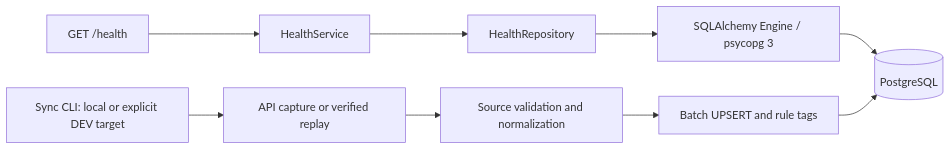
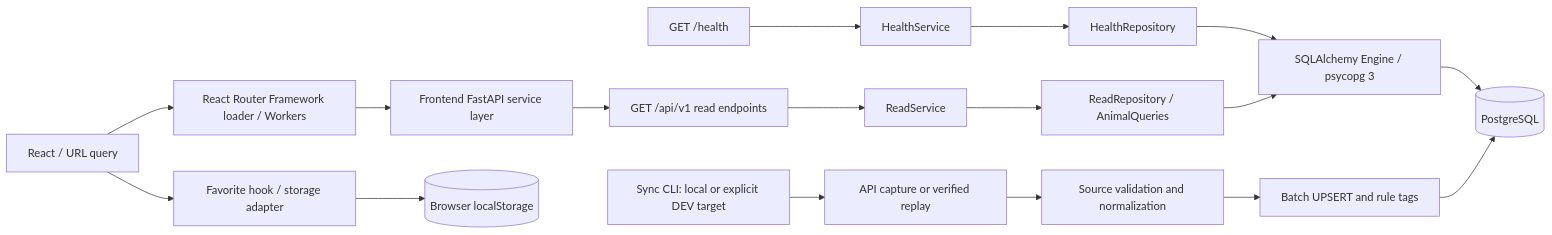
The diagram in docs/architecture.md (HAYEONryu/furbebe), drawn with Mermaid before and after one commit. The commit also changed other lines of this file and 69 other files, not shown here.

````diff
--- a/docs/architecture.md
+++ b/docs/architecture.md
@@ -5,11 +5,19 @@
 ```mermaid
 flowchart LR
+    UI[React / URL query] --> L[React Router Framework loader / Workers]
+    L --> F[Frontend FastAPI service layer]
+    F --> A
+    UI --> Fav[Favorite hook / storage adapter]
+    Fav --> LS[(Browser localStorage)]
     H[GET /health] --> S[HealthService]
     S --> R[HealthRepository]
     R --> E[SQLAlchemy Engine / psycopg 3]
     E --> P[(PostgreSQL)]
+    A[GET /api/v1 read endpoints] --> RS[ReadService]
+    RS --> RR[ReadRepository / AnimalQueries]
+    RR --> E
     C[Sync CLI: local or explicit DEV target] --> V[API capture or verified replay]
     V --> N[Source validation and normalization]
     N --> B[Batch UPSERT and rule tags]
     B --> P
 ```
````
